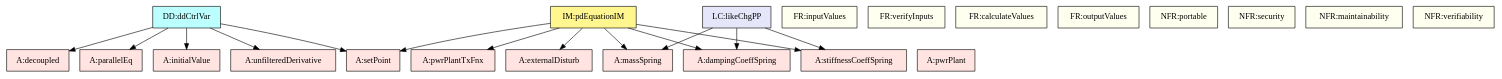
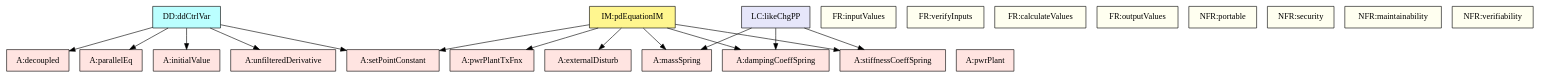
The diagram in code/stable/pdcontroller/TraceyGraph/avsall.dot (JacquesCarette/Drasil), drawn with Graphviz before and after one commit. The commit also changed 11 other files, not shown here.

First line of the commit message:
#2873 : PDController: Give setPoint system assumption a unique UID.

```diff
--- a/code/stable/pdcontroller/TraceyGraph/avsall.dot
+++ b/code/stable/pdcontroller/TraceyGraph/avsall.dot
@@ -1,89 +1,89 @@
 digraph avsall {
-	dataDefn:qdProcessErrorFD -> setPoint;
+	dataDefn:qdProcessErrorFD -> setPointConstant;
 	dataDefn:qdProcessErrorFD -> initialValue;
 	dataDefn:qdDerivativeControlFD -> unfilteredDerivative;
 	dataDefn:qdCtrlVarFD -> decoupled;
 	dataDefn:qdCtrlVarFD -> parallelEq;
 	theory:tmSOSystemRC -> pwrPlantTxFnx;
 	theory:gdPowerPlantRC -> externalDisturb;
 	theory:gdPowerPlantRC -> massSpring;
 	theory:gdPowerPlantRC -> dampingCoeffSpring;
 	theory:gdPowerPlantRC -> stiffnessCoeffSpring;
-	theory:imPDRC -> setPoint;
+	theory:imPDRC -> setPointConstant;
 	likeChgPP -> massSpring;
 	likeChgPP -> dampingCoeffSpring;
 	likeChgPP -> stiffnessCoeffSpring;
 
 
 	pwrPlant	[shape=box, color=black, style=filled, fillcolor=mistyrose, label="A:pwrPlant"];
 	decoupled	[shape=box, color=black, style=filled, fillcolor=mistyrose, label="A:decoupled"];
-	setPoint	[shape=box, color=black, style=filled, fillcolor=mistyrose, label="A:setPoint"];
+	setPointConstant	[shape=box, color=black, style=filled, fillcolor=mistyrose, label="A:setPointConstant"];
 	externalDisturb	[shape=box, color=black, style=filled, fillcolor=mistyrose, label="A:externalDisturb"];
 	initialValue	[shape=box, color=black, style=filled, fillcolor=mistyrose, label="A:initialValue"];
 	parallelEq	[shape=box, color=black, style=filled, fillcolor=mistyrose, label="A:parallelEq"];
 	unfilteredDerivative	[shape=box, color=black, style=filled, fillcolor=mistyrose, label="A:unfilteredDerivative"];
 	pwrPlantTxFnx	[shape=box, color=black, style=filled, fillcolor=mistyrose, label="A:pwrPlantTxFnx"];
 	massSpring	[shape=box, color=black, style=filled, fillcolor=mistyrose, label="A:massSpring"];
 	dampingCoeffSpring	[shape=box, color=black, style=filled, fillcolor=mistyrose, label="A:dampingCoeffSpring"];
 	stiffnessCoeffSpring	[shape=box, color=black, style=filled, fillcolor=mistyrose, label="A:stiffnessCoeffSpring"];
 
 	subgraph A {
 	rank="same"
-	{pwrPlant, decoupled, setPoint, externalDisturb, initialValue, parallelEq, unfilteredDerivative, pwrPlantTxFnx, massSpring, dampingCoeffSpring, stiffnessCoeffSpring}
+	{pwrPlant, decoupled, setPointConstant, externalDisturb, initialValue, parallelEq, unfilteredDerivative, pwrPlantTxFnx, massSpring, dampingCoeffSpring, stiffnessCoeffSpring}
 	}
 
 	dataDefn:qdProcessErrorFD	[shape=box, color=black, style=filled, fillcolor=paleturquoise1, label="DD:ddProcessError"];
 	dataDefn:qdPropControlFD	[shape=box, color=black, style=filled, fillcolor=paleturquoise1, label="DD:ddPropCtrl"];
 	dataDefn:qdDerivativeControlFD	[shape=box, color=black, style=filled, fillcolor=paleturquoise1, label="DD:ddDerivCtrl"];
 	dataDefn:qdCtrlVarFD	[shape=box, color=black, style=filled, fillcolor=paleturquoise1, label="DD:ddCtrlVar"];
 
 	subgraph DD {
 	rank="same"
 	{dataDefn:qdProcessErrorFD, dataDefn:qdPropControlFD, dataDefn:qdDerivativeControlFD, dataDefn:qdCtrlVarFD}
 	}
 
 	theory:laplaceRC	[shape=box, color=black, style=filled, fillcolor=pink, label="TM:laplaceTransform"];
 	theory:invLaplaceRC	[shape=box, color=black, style=filled, fillcolor=pink, label="TM:invLaplaceTransform"];
 	theory:tmSOSystemRC	[shape=box, color=black, style=filled, fillcolor=pink, label="TM:tmSOSystem"];
 
 	subgraph TM {
 	rank="same"
 	{theory:laplaceRC, theory:invLaplaceRC, theory:tmSOSystemRC}
 	}
 
 	theory:gdPowerPlantRC	[shape=box, color=black, style=filled, fillcolor=palegreen, label="GD:gdPowerPlant"];
 
 	subgraph GD {
 	rank="same"
 	{theory:gdPowerPlantRC}
 	}
 
 	theory:imPDRC	[shape=box, color=black, style=filled, fillcolor=khaki1, label="IM:pdEquationIM"];
 
 	subgraph IM {
 	rank="same"
 	{theory:imPDRC}
 	}
 
 	inputValues	[shape=box, color=black, style=filled, fillcolor=ivory, label="FR:inputValues"];
 	verifyInputs	[shape=box, color=black, style=filled, fillcolor=ivory, label="FR:verifyInputs"];
 	calculateValues	[shape=box, color=black, style=filled, fillcolor=ivory, label="FR:calculateValues"];
 	outputValues	[shape=box, color=black, style=filled, fillcolor=ivory, label="FR:outputValues"];
 	portable	[shape=box, color=black, style=filled, fillcolor=ivory, label="NFR:portable"];
 	security	[shape=box, color=black, style=filled, fillcolor=ivory, label="NFR:security"];
 	maintainability	[shape=box, color=black, style=filled, fillcolor=ivory, label="NFR:maintainability"];
 	verifiability	[shape=box, color=black, style=filled, fillcolor=ivory, label="NFR:verifiability"];
 
 	subgraph FR {
 	rank="same"
 	{inputValues, verifyInputs, calculateValues, outputValues, portable, security, maintainability, verifiability}
 	}
 
 	likeChgPP	[shape=box, color=black, style=filled, fillcolor=lavender, label="LC:likeChgPP"];
 
 	subgraph LC {
 	rank="same"
 	{likeChgPP}
 	}
 
 }
```
